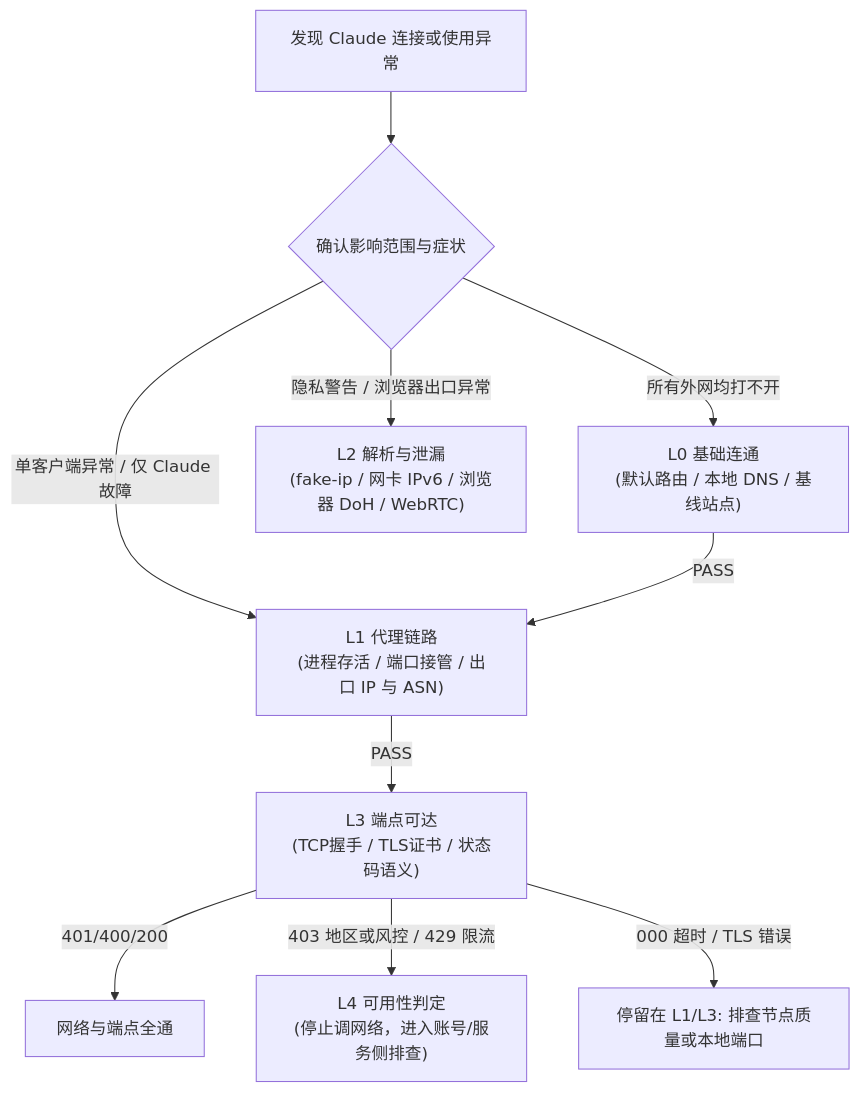
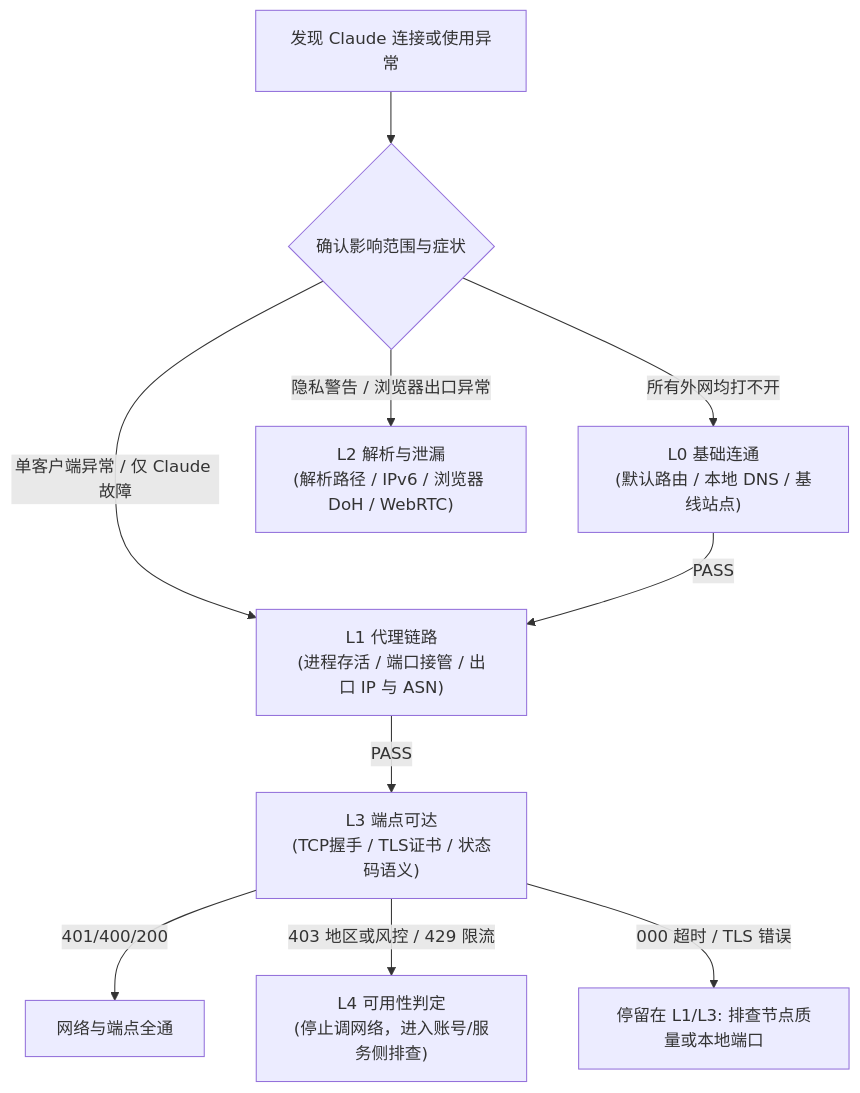
Before and after one commit to wuji5201314/claude-network-env-doctor: the diagram in README.md, drawn with Mermaid. The commit also changed other lines of this file and 3 other files, not shown here.

````diff
--- a/README.md
+++ b/README.md
@@ -42,15 +42,15 @@
 ```mermaid
 flowchart TD
     Start["发现 Claude 连接或使用异常"] --> Scope{"确认影响范围与症状"}
     
     Scope -->|"所有外网均打不开"| L0["L0 基础连通<br/>(默认路由 / 本地 DNS / 基线站点)"]
     Scope -->|"单客户端异常 / 仅 Claude 故障"| L1["L1 代理链路<br/>(进程存活 / 端口接管 / 出口 IP 与 ASN)"]
-    Scope -->|"隐私警告 / 浏览器出口异常"| L2["L2 解析与泄漏<br/>(fake-ip / 网卡 IPv6 / 浏览器 DoH / WebRTC)"]
+    Scope -->|"隐私警告 / 浏览器出口异常"| L2["L2 解析与泄漏<br/>(解析路径 / IPv6 / 浏览器 DoH / WebRTC)"]
     
     L0 -->|"PASS"| L1
     L1 -->|"PASS"| L3["L3 端点可达<br/>(TCP握手 / TLS证书 / 状态码语义)"]
     
     L3 -->|"401/400/200"| Success["网络与端点全通"]
     L3 -->|"403 地区或风控 / 429 限流"| L4["L4 可用性判定<br/>(停止调网络，进入账号/服务侧排查)"]
     L3 -->|"000 超时 / TLS 错误"| FixL1["停留在 L1/L3: 排查节点质量或本地端口"]
 ```
````
